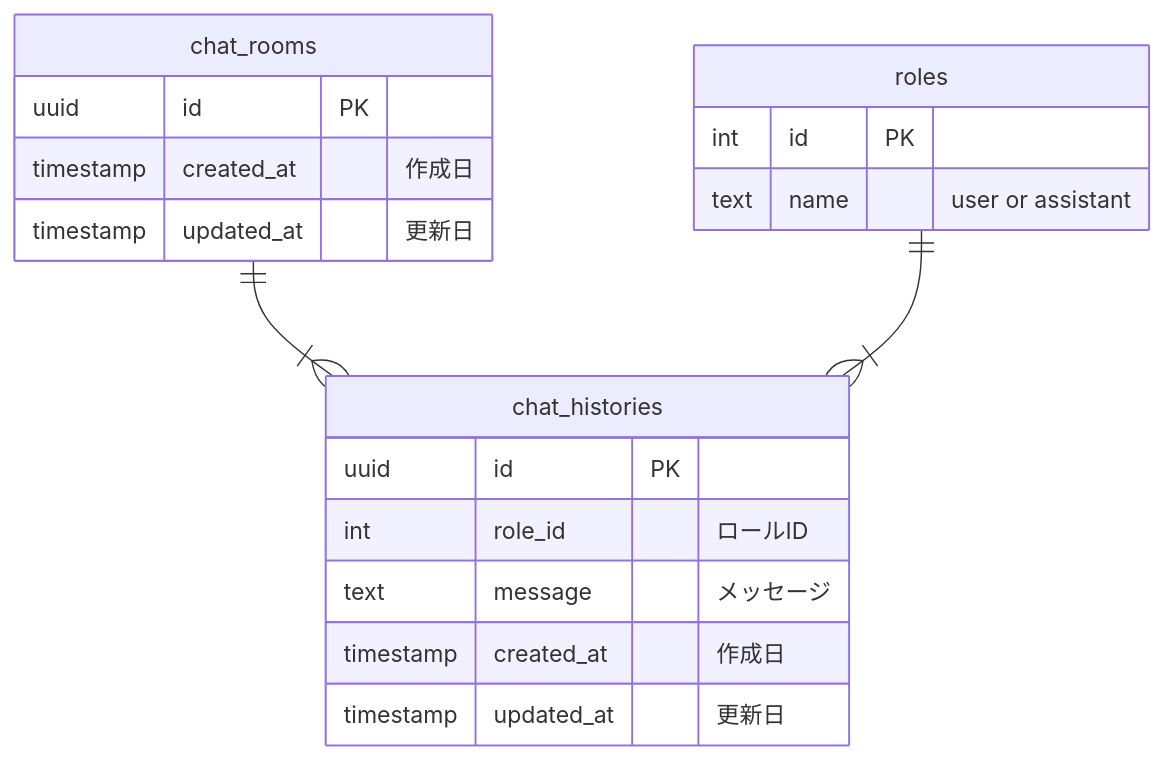
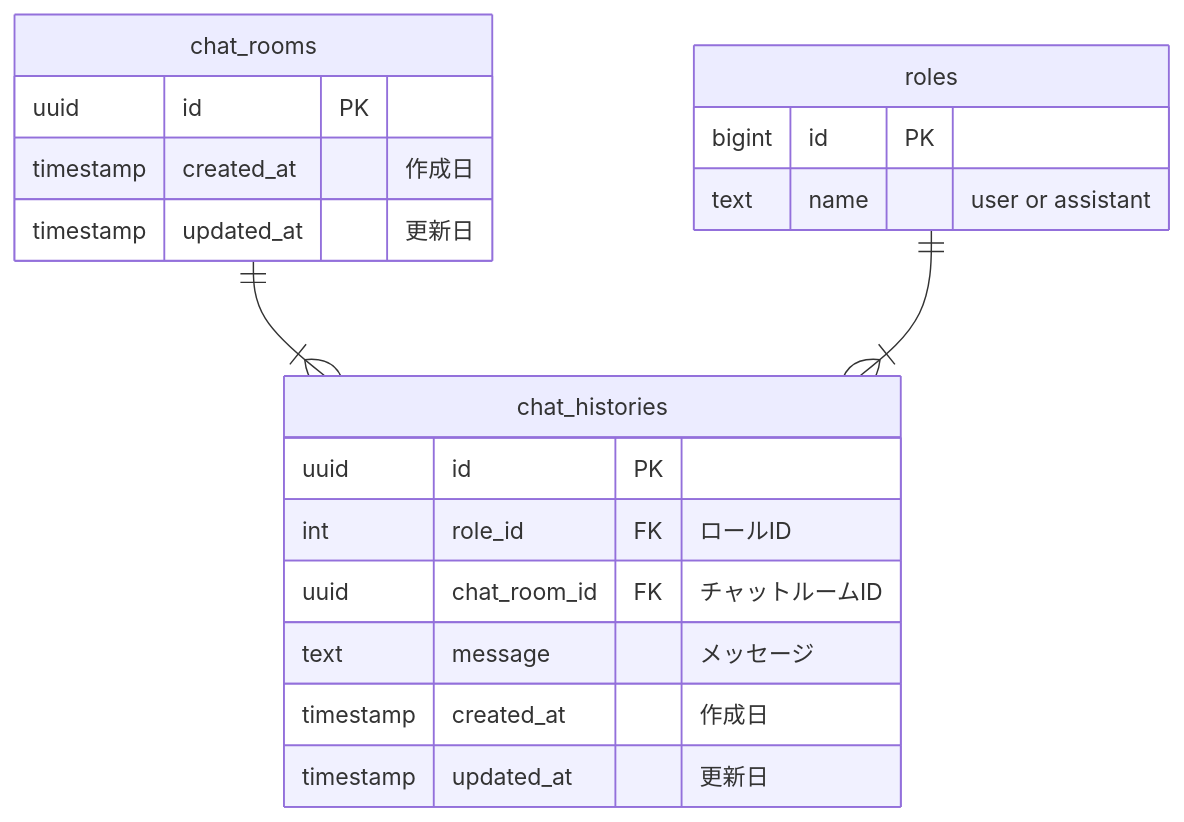
One commit to nakajima97/llm-chat-app-server changed the diagram in documents/er.md. Above: the diagram before and after it, drawn with Mermaid.

Commit message:
#16 ER図の更新

````diff
--- a/documents/er.md
+++ b/documents/er.md
@@ -1,26 +1,27 @@
 ```mermaid
 erDiagram
 
 chat_rooms ||--|{ chat_histories : ""
 roles ||--|{ chat_histories : ""
 
 roles {
-  int id PK
+  bigint id PK
   text name "user or assistant"
 }
 
 chat_histories {
   uuid id PK
-  int role_id "ロールID"
+  int role_id FK "ロールID"
+  uuid chat_room_id FK "チャットルームID"
   text message "メッセージ"
   timestamp created_at "作成日"
   timestamp updated_at "更新日"
 }
 
 chat_rooms {
   uuid id PK
   timestamp created_at "作成日"
   timestamp updated_at "更新日"
 }
 
 ```
````
